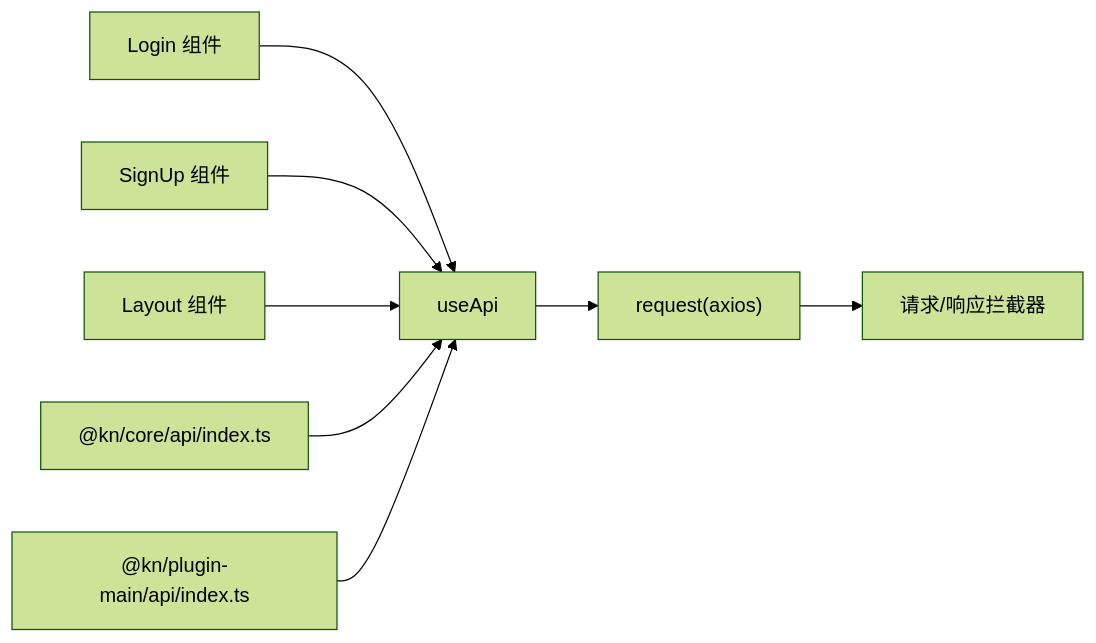
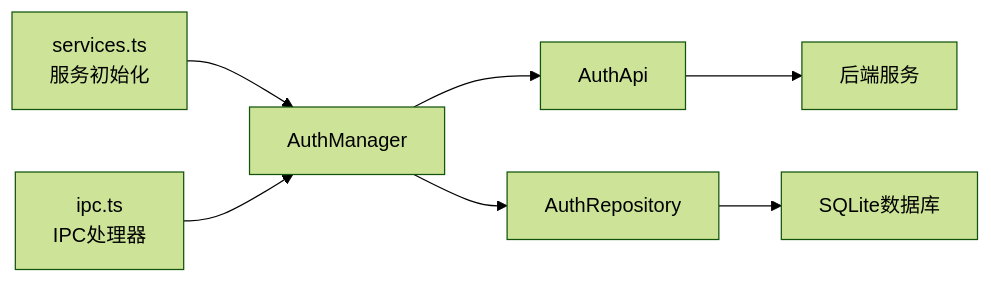
Before and after one commit to LRF0422/Kotion: the fourth of 4 diagrams in .qoder/repowiki/zh/content/API参考/认证API.md, drawn with Mermaid (forest theme). The commit also changed other lines of this file and 75 other files, not shown here.

````diff
--- a/.qoder/repowiki/zh/content/API参考/认证API.md
+++ b/.qoder/repowiki/zh/content/API参考/认证API.md
@@ -223,10 +341,9 @@
 ```mermaid
 graph LR
-Login["Login 组件"] --> UseApi["useApi"]
-SignUp["SignUp 组件"] --> UseApi
-Layout["Layout 组件"] --> UseApi
-UseApi --> Request["request(axios)"]
-Request --> Interceptors["请求/响应拦截器"]
-ApiCore["@kn/core/api/index.ts"] --> UseApi
-ApiMain["@kn/plugin-main/api/index.ts"] --> UseApi
+Services["services.ts<br/>服务初始化"] --> AuthManager["AuthManager"]
+IPC["ipc.ts<br/>IPC处理器"] --> AuthManager
+AuthManager --> AuthApi["AuthApi"]
+AuthManager --> AuthRepository["AuthRepository"]
+AuthApi --> Backend["后端服务"]
+AuthRepository --> Database["SQLite数据库"]
 ```
````
